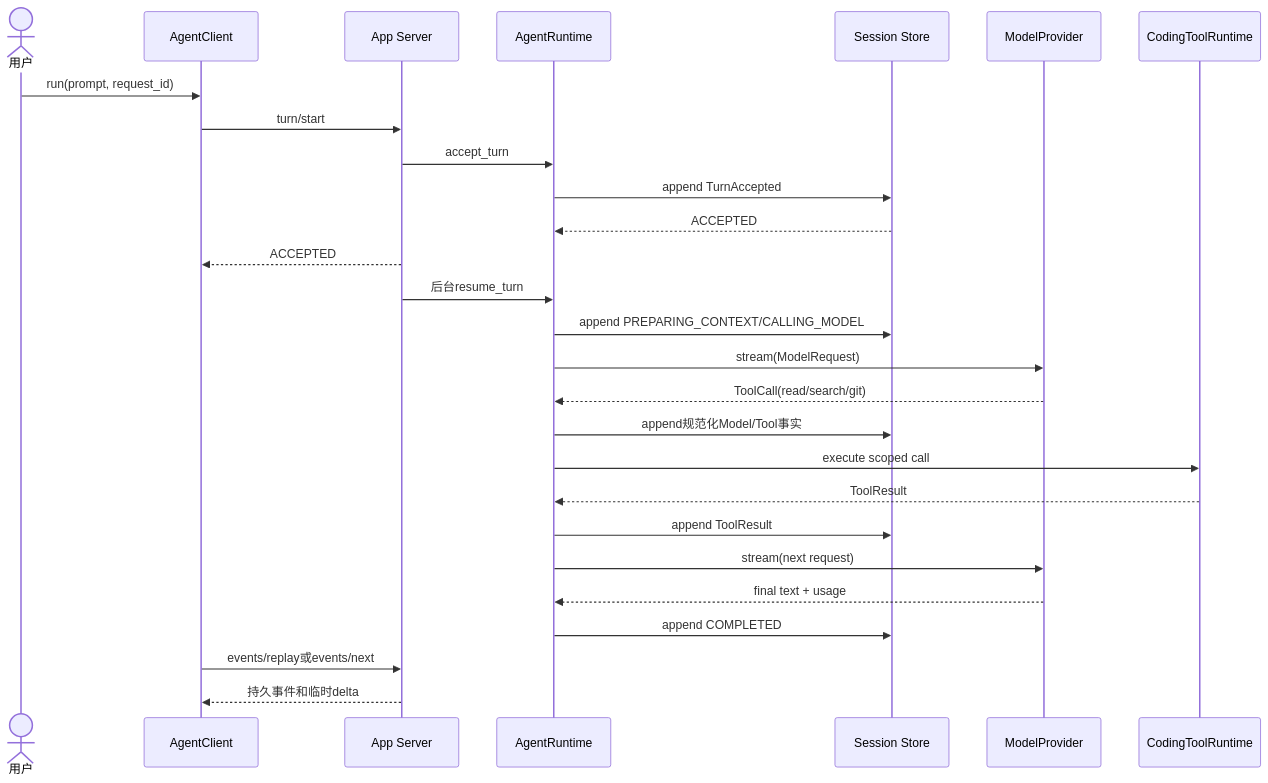
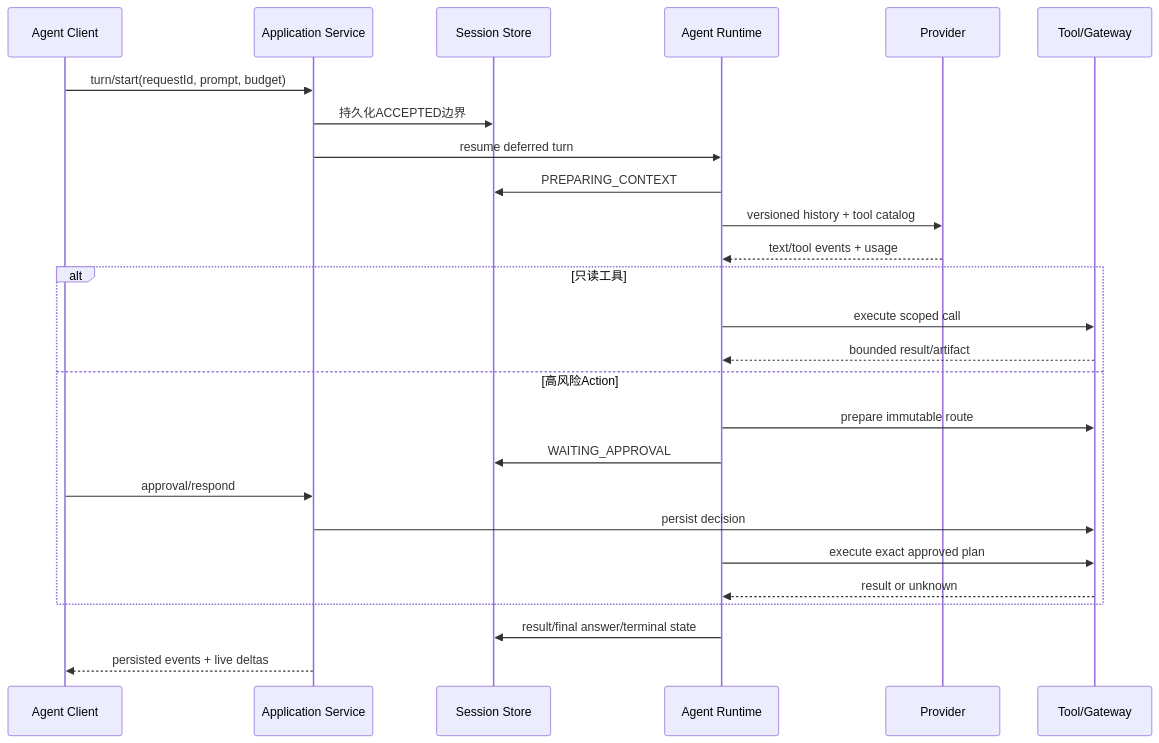
The fourth of 7 diagrams in docs/architecture.md (carrie1988/Harnessix), drawn with Mermaid before and after one commit. The commit also changed other lines of this file and 121 other files, not shown here.

Commit message:
refactor: 收敛为单一 Coding Agent 运行时

````diff
--- a/docs/architecture.md
+++ b/docs/architecture.md
@@ -1076,30 +223,28 @@
 ```mermaid
 sequenceDiagram
-    actor U as 用户
-    participant C as AgentClient
-    participant S as App Server
-    participant R as AgentRuntime
-    participant DB as Session Store
-    participant M as ModelProvider
-    participant T as CodingToolRuntime
-
-    U->>C: run(prompt, request_id)
-    C->>S: turn/start
-    S->>R: accept_turn
-    R->>DB: append TurnAccepted
-    DB-->>R: ACCEPTED
-    S-->>C: ACCEPTED
-    S->>R: 后台resume_turn
-    R->>DB: append PREPARING_CONTEXT/CALLING_MODEL
-    R->>M: stream(ModelRequest)
-    M-->>R: ToolCall(read/search/git)
-    R->>DB: append规范化Model/Tool事实
-    R->>T: execute scoped call
-    T-->>R: ToolResult
-    R->>DB: append ToolResult
-    R->>M: stream(next request)
-    M-->>R: final text + usage
-    R->>DB: append COMPLETED
-    C->>S: events/replay或events/next
-    S-->>C: 持久事件和临时delta
+    participant Client as Agent Client
+    participant App as Application Service
+    participant Store as Session Store
+    participant Agent as Agent Runtime
+    participant Model as Provider
+    participant Tool as Tool/Gateway
+    Client->>App: turn/start(requestId, prompt, budget)
+    App->>Store: 持久化ACCEPTED边界
+    App->>Agent: resume deferred turn
+    Agent->>Store: PREPARING_CONTEXT
+    Agent->>Model: versioned history + tool catalog
+    Model-->>Agent: text/tool events + usage
+    alt 只读工具
+        Agent->>Tool: execute scoped call
+        Tool-->>Agent: bounded result/artifact
+    else 高风险Action
+        Agent->>Tool: prepare immutable route
+        Agent->>Store: WAITING_APPROVAL
+        Client->>App: approval/respond
+        App->>Tool: persist decision
+        Agent->>Tool: execute exact approved plan
+        Tool-->>Agent: result or unknown
+    end
+    Agent->>Store: result/final answer/terminal state
+    App-->>Client: persisted events + live deltas
 ```
````
